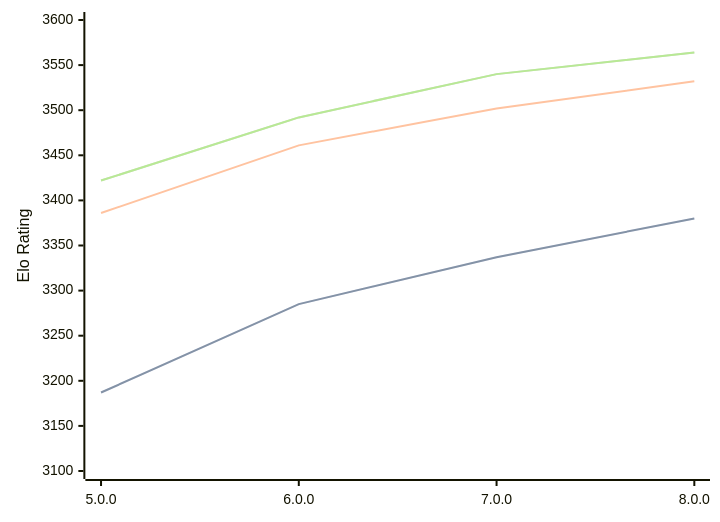
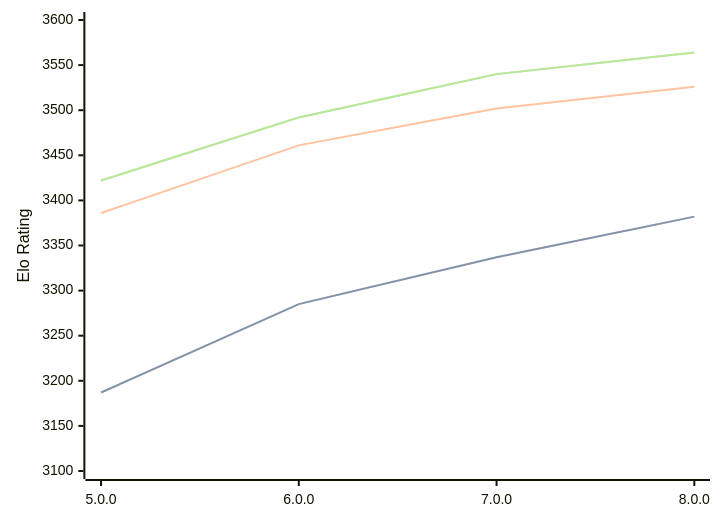
One commit to computer-chess-index/cci changed the diagram in engines/Stormphrax.md. Above: the diagram before and after it, drawn with Mermaid. The commit also changed other lines of this file, not shown here.

````diff
--- a/engines/Stormphrax.md
+++ b/engines/Stormphrax.md
@@ -39,11 +39,11 @@
 ```mermaid
 %%{init: {"theme":"base","themeVariables":{"seriesColors:['#a3a3a3','#222221','#faa371']}}}%%
 xychart-beta
   x-axis ["5.0.0", "6.0.0", "7.0.0", "8.0.0"]
   y-axis "Elo Rating" 3100 --> 3600
-  line "STC (8.0+0.08s)" [3187, 3285, 3337, 3380]
-  line "STC (8.0+0.08s)" [3187, 3285, 3337, 3380]
-  line "LTC (60.0+0.60s)" [3386, 3461, 3502, 3532]
+  line "STC (8.0+0.08s)" [3187, 3285, 3337, 3382]
+  line "STC (8.0+0.08s)" [3187, 3285, 3337, 3382]
+  line "LTC (60.0+0.60s)" [3386, 3461, 3502, 3526]
   line "VLTC (2m24s+1.12s)" [3422, 3492, 3540, 3564]
   line "VLTC (2m24s+1.12s)" [3422, 3492, 3540, 3564]
 ```
````
